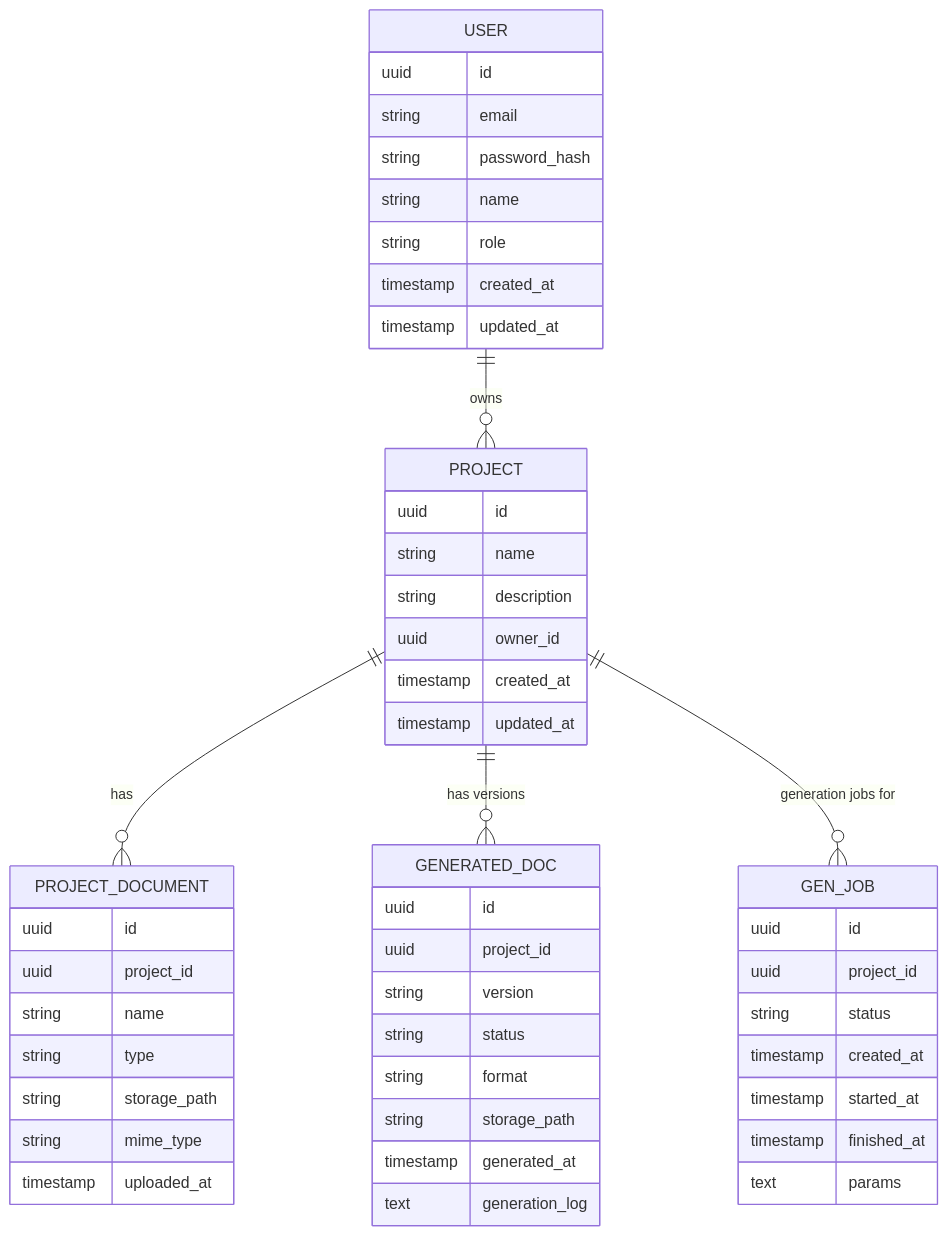
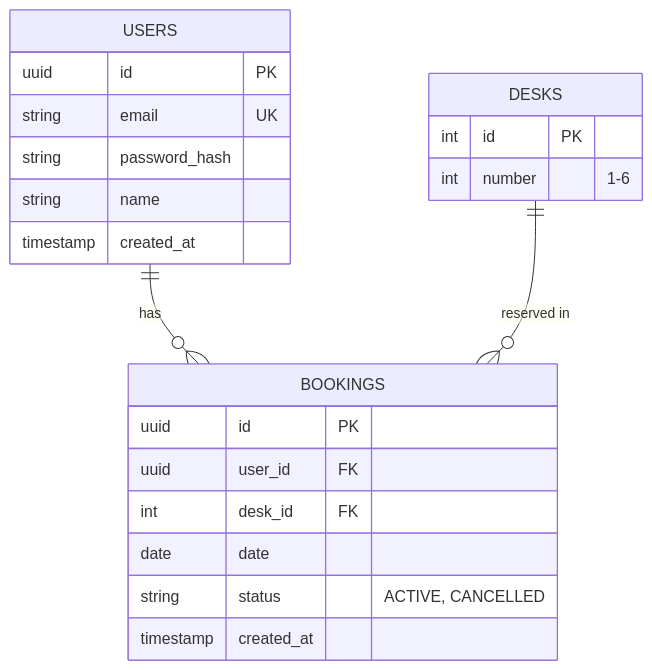
One commit to a-prezioso/demo changed the second of 3 diagrams in docs/architecture.md. Above: the diagram before and after it, drawn with Mermaid. The commit also changed other lines of this file and 3 other files, not shown here.

First line of the commit message:
docs: align architecture docs with SmartDesk MVP functional document

````diff
--- a/docs/architecture.md
+++ b/docs/architecture.md
@@ -135,57 +77,27 @@
 ```mermaid
 erDiagram
-    USER {
-        uuid id
-        string email
+    USERS {
+        uuid id PK
+        string email UK
         string password_hash
         string name
-        string role
         timestamp created_at
-        timestamp updated_at
     }
 
-    PROJECT {
-        uuid id
-        string name
-        string description
-        uuid owner_id
-        timestamp created_at
-        timestamp updated_at
+    DESKS {
+        int id PK
+        int number "1-6"
     }
 
-    PROJECT_DOCUMENT {
-        uuid id
-        uuid project_id
-        string name
-        string type
-        string storage_path
-        string mime_type
-        timestamp uploaded_at
+    BOOKINGS {
+        uuid id PK
+        uuid user_id FK
+        int desk_id FK
+        date date
+        string status "ACTIVE, CANCELLED"
+        timestamp created_at
     }
 
-    GENERATED_DOC {
-        uuid id
-        uuid project_id
-        string version
-        string status
-        string format
-        string storage_path
-        timestamp generated_at
-        text generation_log
-    }
-
-    GEN_JOB {
-        uuid id
-        uuid project_id
-        string status
-        timestamp created_at
-        timestamp started_at
-        timestamp finished_at
-        text params
-    }
-
-    USER ||--o{ PROJECT : "owns"
-    PROJECT ||--o{ PROJECT_DOCUMENT : "has"
-    PROJECT ||--o{ GENERATED_DOC : "has versions"
-    PROJECT ||--o{ GEN_JOB : "generation jobs for"
+    USERS ||--o{ BOOKINGS : "has"
+    DESKS ||--o{ BOOKINGS : "reserved in"
 ```
````
